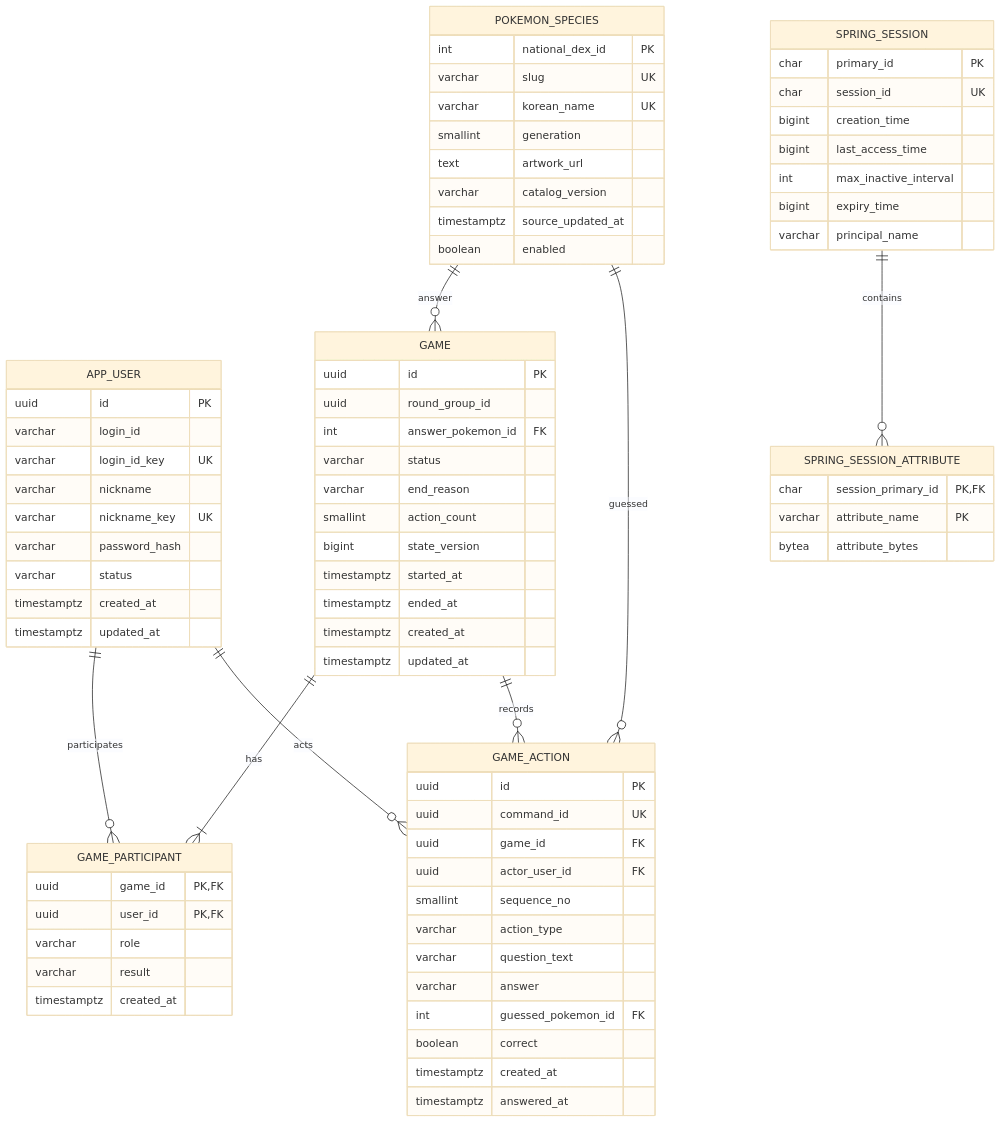
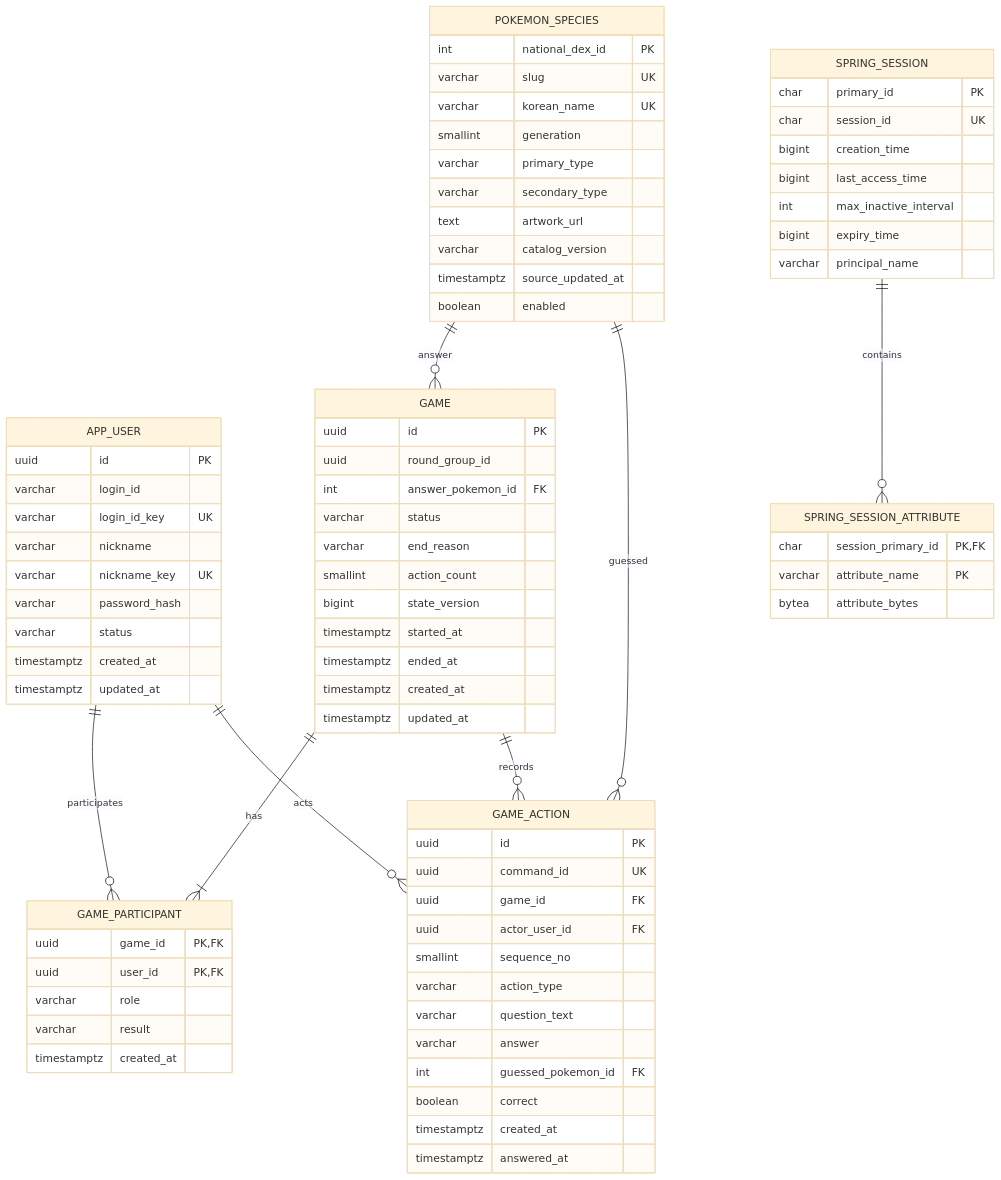
Before and after one commit to xxh3898/guess-pokemon: the diagram in docs/ERD.md, drawn with Mermaid (base theme). The commit also changed other lines of this file and 27 other files, not shown here.

```diff
--- a/docs/ERD.md
+++ b/docs/ERD.md
@@ -45,6 +45,8 @@
         varchar slug UK
         varchar korean_name UK
         smallint generation
+        varchar primary_type
+        varchar secondary_type
         text artwork_url
         varchar catalog_version
         timestamptz source_updated_at
```
